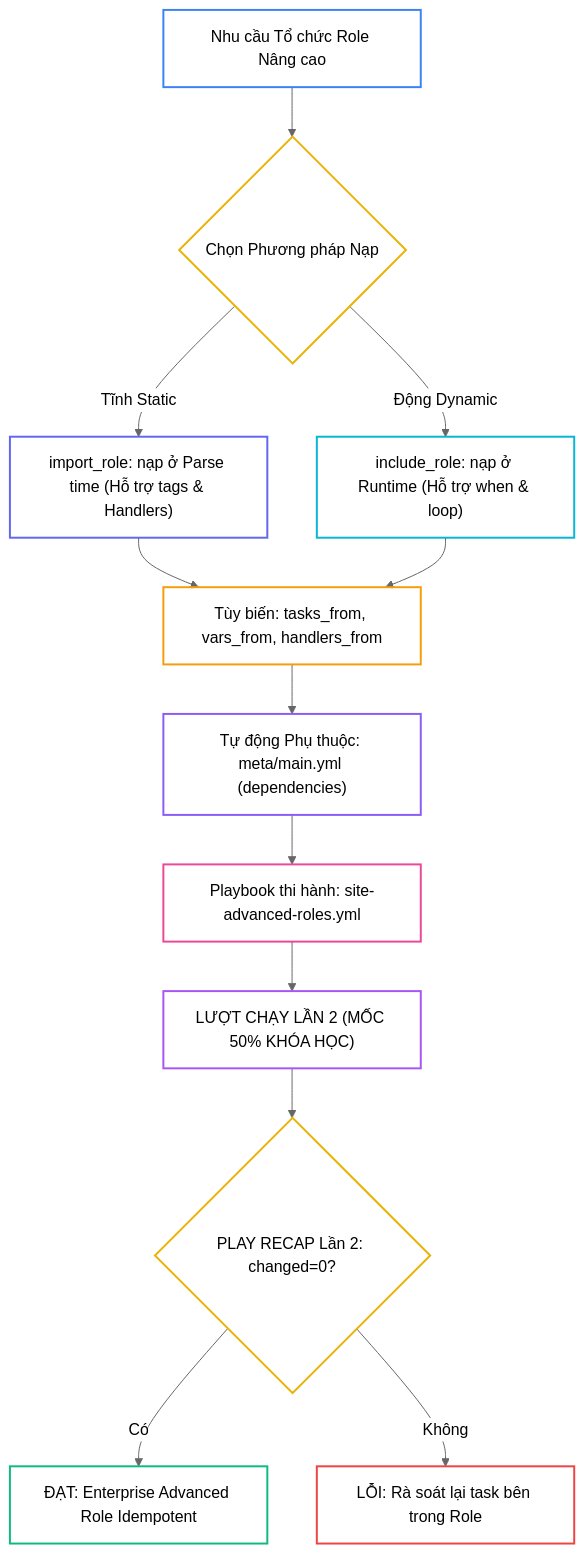
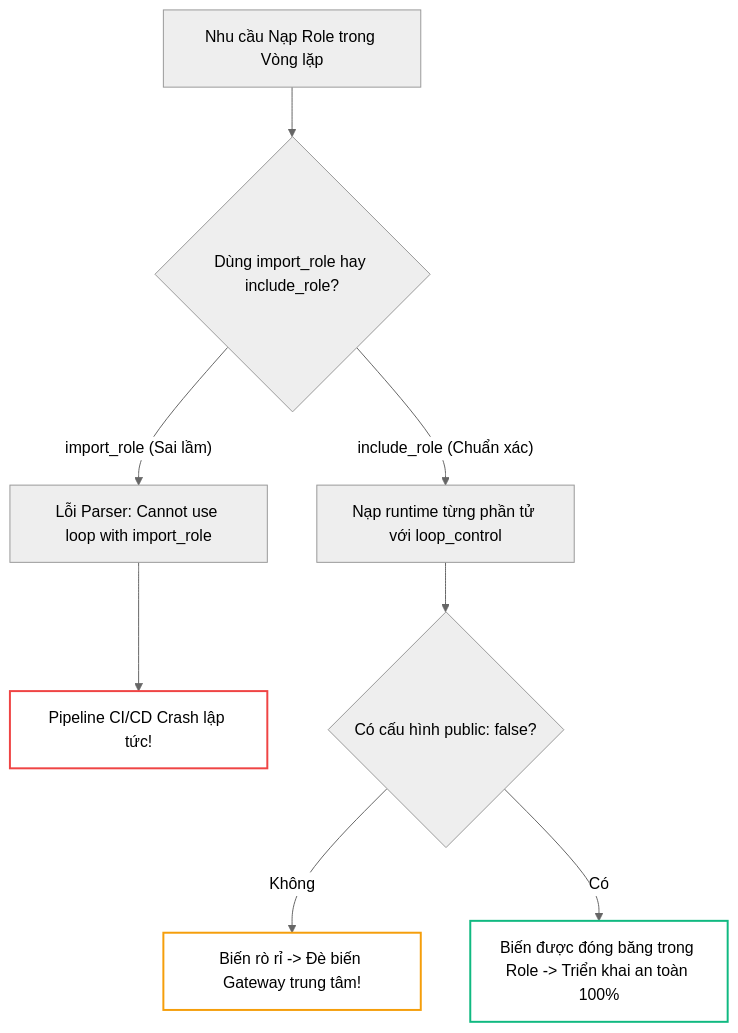
One commit to kiennt308/ntk changed the second of 3 diagrams in _posts/2026-09-13-ansible-15-15-roles-advanced.md. Above: the diagram before and after it, drawn with Mermaid (neutral theme). The commit also changed other lines of this file and 30 other files, not shown here.

````diff
--- a/_posts/2026-09-13-ansible-15-15-roles-advanced.md
+++ b/_posts/2026-09-13-ansible-15-15-roles-advanced.md
@@ -323,30 +213,15 @@
 ```mermaid
 flowchart TD
-    A["Nhu cầu Tổ chức Role Nâng cao"] --> B{"Chọn Phương pháp Nạp"}
+    A["Nhu cầu Nạp Role trong Vòng lặp"] --> B{"Dùng import_role hay include_role?"}
+    B -->|"import_role (Sai lầm)"| C["Lỗi Parser: Cannot use loop with import_role"]
+    C --> D["Pipeline CI/CD Crash lập tức!"]
     
-    B -->|"Tĩnh Static"| C["import_role: nạp ở Parse time (Hỗ trợ tags & Handlers)"]
-    B -->|"Động Dynamic"| D["include_role: nạp ở Runtime (Hỗ trợ when & loop)"]
-    
-    C --> E["Tùy biến: tasks_from, vars_from, handlers_from"]
-    D --> E
-    
-    E --> F["Tự động Phụ thuộc: meta/main.yml (dependencies)"]
-    F --> G["Playbook thi hành: site-advanced-roles.yml"]
-    
-    G --> H["LƯỢT CHẠY LẦN 2 (MỐC 50% KHÓA HỌC)"]
-    H --> I{"PLAY RECAP Lần 2: changed=0?"}
-    I -->|"Có"| J["ĐẠT: Enterprise Advanced Role Idempotent"]
-    I -->|"Không"| K["LỖI: Rà soát lại task bên trong Role"]
+    B -->|"include_role (Chuẩn xác)"| E["Nạp runtime từng phần tử với loop_control"]
+    E --> F{"Có cấu hình public: false?"}
+    F -->|"Không"| G["Biến rò rỉ -> Đè biến Gateway trung tâm!"]
+    F -->|"Có"| H["Biến được đóng băng trong Role -> Triển khai an toàn 100%"]
 
-    style A fill:none,stroke:#3b82f6,stroke-width:2px
-    style B fill:none,stroke:#eab308,stroke-width:2px
-    style C fill:none,stroke:#6366f1,stroke-width:2px
-    style D fill:none,stroke:#06b6d4,stroke-width:2px
-    style E fill:none,stroke:#f59e0b,stroke-width:2px
-    style F fill:none,stroke:#8b5cf6,stroke-width:2px
-    style G fill:none,stroke:#ec4899,stroke-width:2px
-    style H fill:none,stroke:#a855f7,stroke-width:2px
-    style I fill:none,stroke:#eab308,stroke-width:2px
-    style J fill:none,stroke:#10b981,stroke-width:2px
-    style K fill:none,stroke:#ef4444,stroke-width:2px
+    style D fill:none,stroke:#ef4444,stroke-width:2px
+    style G fill:none,stroke:#f59e0b,stroke-width:2px
+    style H fill:none,stroke:#10b981,stroke-width:2px
 ```
````
